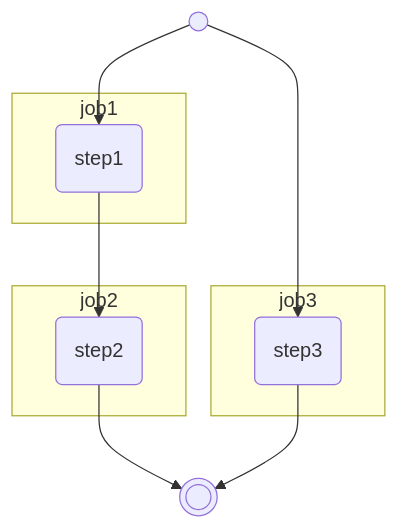
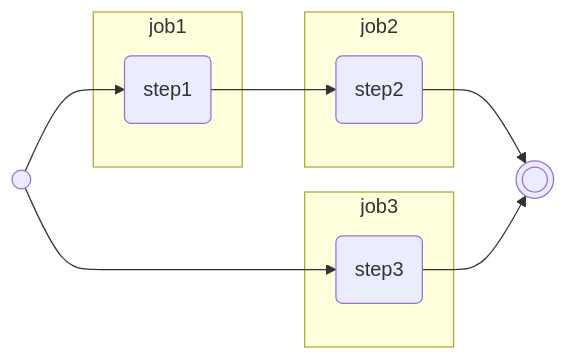
One commit to masato-ubata-yz/github-actions-hands-on changed the diagram in docs/docs/exercises/exercise-2.md. Above: the diagram before and after it, drawn with Mermaid. The commit also changed other lines of this file and 16 other files, not shown here.

````diff
--- a/docs/docs/exercises/exercise-2.md
+++ b/docs/docs/exercises/exercise-2.md
@@ -14,27 +14,27 @@
 ```mermaid
-flowchart
+flowchart LR
   start(( ))
   step1(step1)
   step2(step2)
   step3(step3)
   fin((( )))
 
   subgraph job1
     step1
   end
 
   subgraph job2
     step2
   end
 
   subgraph job3
     step3
   end
 
   start --> step1
   step1 --> step2
   step2 --> fin
 
   start --> step3
   step3 --> fin
 ```
````
